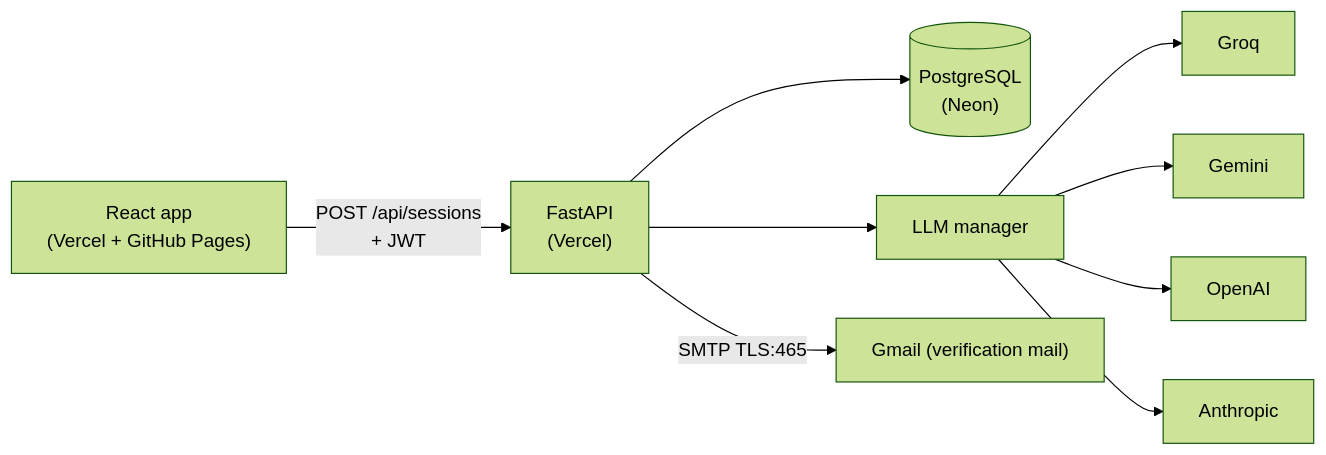
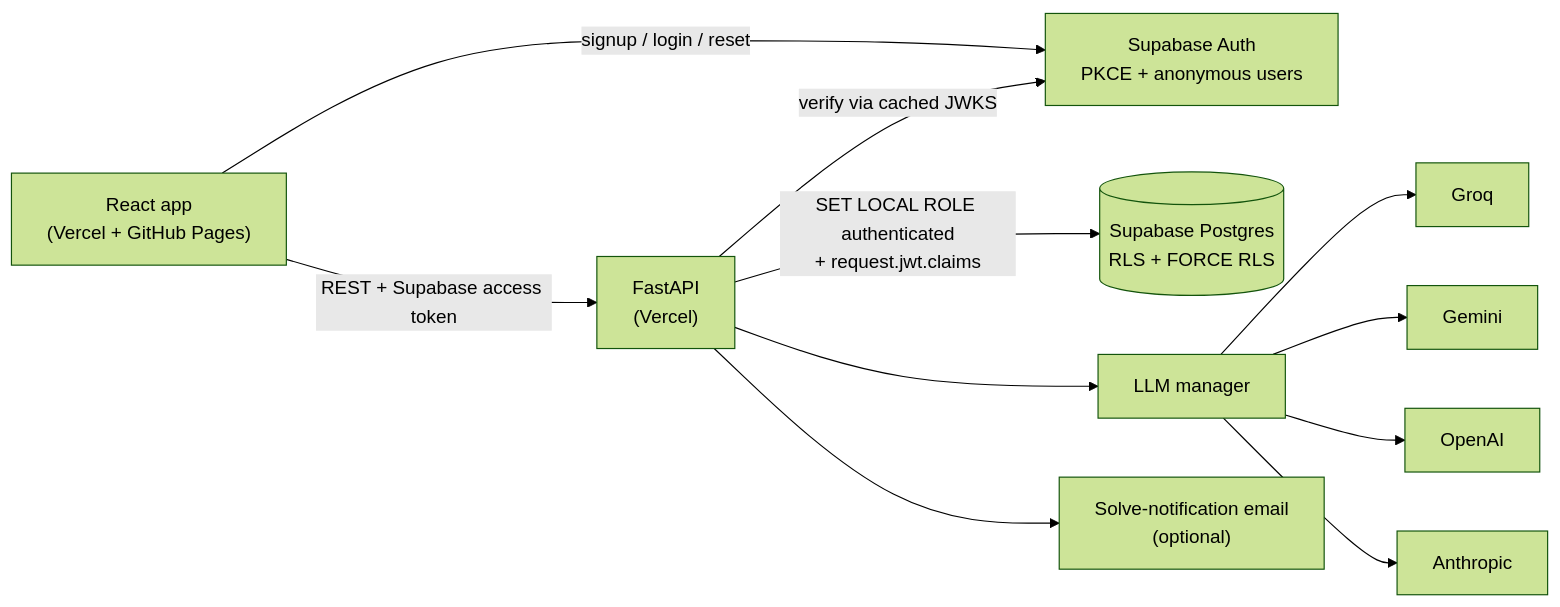
Before and after one commit to astroelaa/codementor-ai: the diagram in README.md, drawn with Mermaid (forest theme). The commit also changed other lines of this file and 12 other files, not shown here.

Commit message:
docs: document Supabase architecture and RLS

````diff
--- a/README.md
+++ b/README.md
@@ -22,11 +22,20 @@
 ```mermaid
 flowchart LR
-    UI["React app<br/>(Vercel + GitHub Pages)"] -->|POST /api/sessions<br/>+ JWT| API["FastAPI<br/>(Vercel)"]
-    API --> DB[("PostgreSQL<br/>(Neon)")]
-    API --> LLM["LLM manager"]
+    UI["React app<br/>(Vercel + GitHub Pages)"]
+    AUTH["Supabase Auth<br/>PKCE + anonymous users"]
+    API["FastAPI<br/>(Vercel)"]
+    DB[("Supabase Postgres<br/>RLS + FORCE RLS")]
+    LLM["LLM manager"]
+    MAIL["Solve-notification email<br/>(optional)"]
+
+    UI -->|signup / login / reset| AUTH
+    UI -->|REST + Supabase access token| API
+    API -->|verify via cached JWKS| AUTH
+    API -->|SET LOCAL ROLE authenticated<br/>+ request.jwt.claims| DB
+    API --> LLM
     LLM --> G["Groq"]
     LLM --> Ge["Gemini"]
     LLM --> O["OpenAI"]
     LLM --> A["Anthropic"]
-    API -->|SMTP TLS:465| MAIL["Gmail (verification mail)"]
+    API --> MAIL
 ```
````
